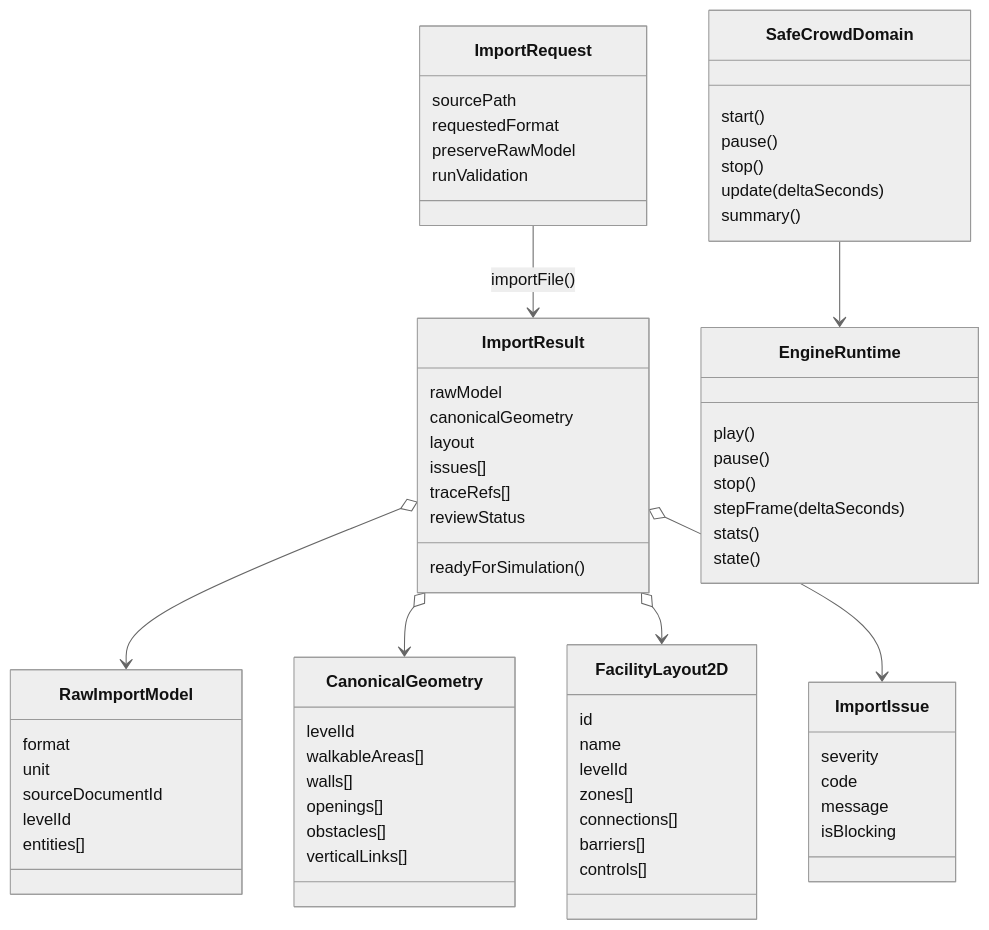
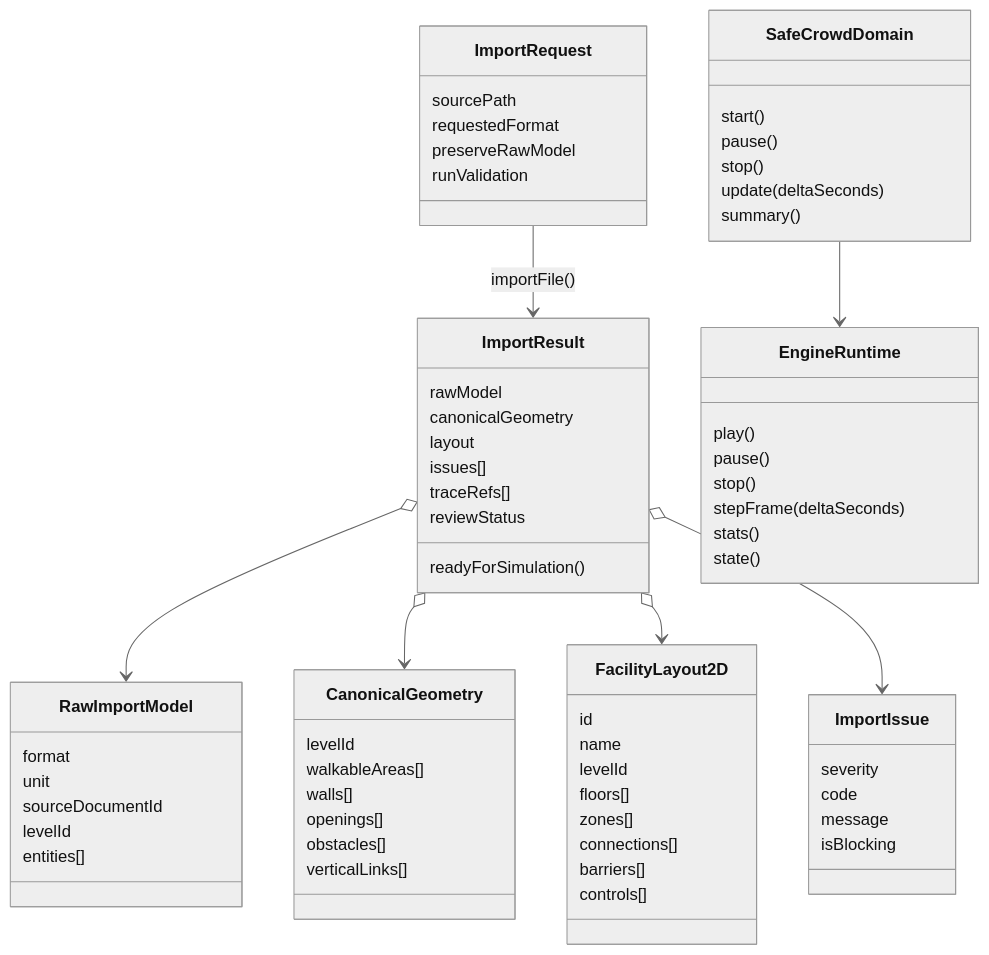
One commit to learncold/cpp-ecs-engine changed the fifth of 5 diagrams in docs/제출용/종합설계/[양식 5] 시스템 구조 설계 및 개발 환경.md. Above: the diagram before and after it, drawn with Mermaid (neutral theme). The commit also changed 28 other files, not shown here.

````diff
--- a/docs/제출용/종합설계/[양식 5] 시스템 구조 설계 및 개발 환경.md
+++ b/docs/제출용/종합설계/[양식 5] 시스템 구조 설계 및 개발 환경.md
@@ -201,77 +201,78 @@
 ```mermaid
 classDiagram
     class ImportRequest {
         sourcePath
         requestedFormat
         preserveRawModel
         runValidation
     }
 
     class RawImportModel {
         format
         unit
         sourceDocumentId
         levelId
         entities[]
     }
 
     class CanonicalGeometry {
         levelId
         walkableAreas[]
         walls[]
         openings[]
         obstacles[]
         verticalLinks[]
     }
 
     class FacilityLayout2D {
         id
         name
         levelId
+        floors[]
         zones[]
         connections[]
         barriers[]
         controls[]
     }
 
     class ImportIssue {
         severity
         code
         message
         isBlocking
     }
 
     class ImportResult {
         rawModel
         canonicalGeometry
         layout
         issues[]
         traceRefs[]
         reviewStatus
         readyForSimulation()
     }
 
     class SafeCrowdDomain {
         start()
         pause()
         stop()
         update(deltaSeconds)
         summary()
     }
 
     class EngineRuntime {
         play()
         pause()
         stop()
         stepFrame(deltaSeconds)
         stats()
         state()
     }
 
     ImportRequest --> ImportResult : importFile()
     ImportResult o--> RawImportModel
     ImportResult o--> CanonicalGeometry
     ImportResult o--> FacilityLayout2D
     ImportResult o--> ImportIssue
     SafeCrowdDomain --> EngineRuntime
 ```
````
